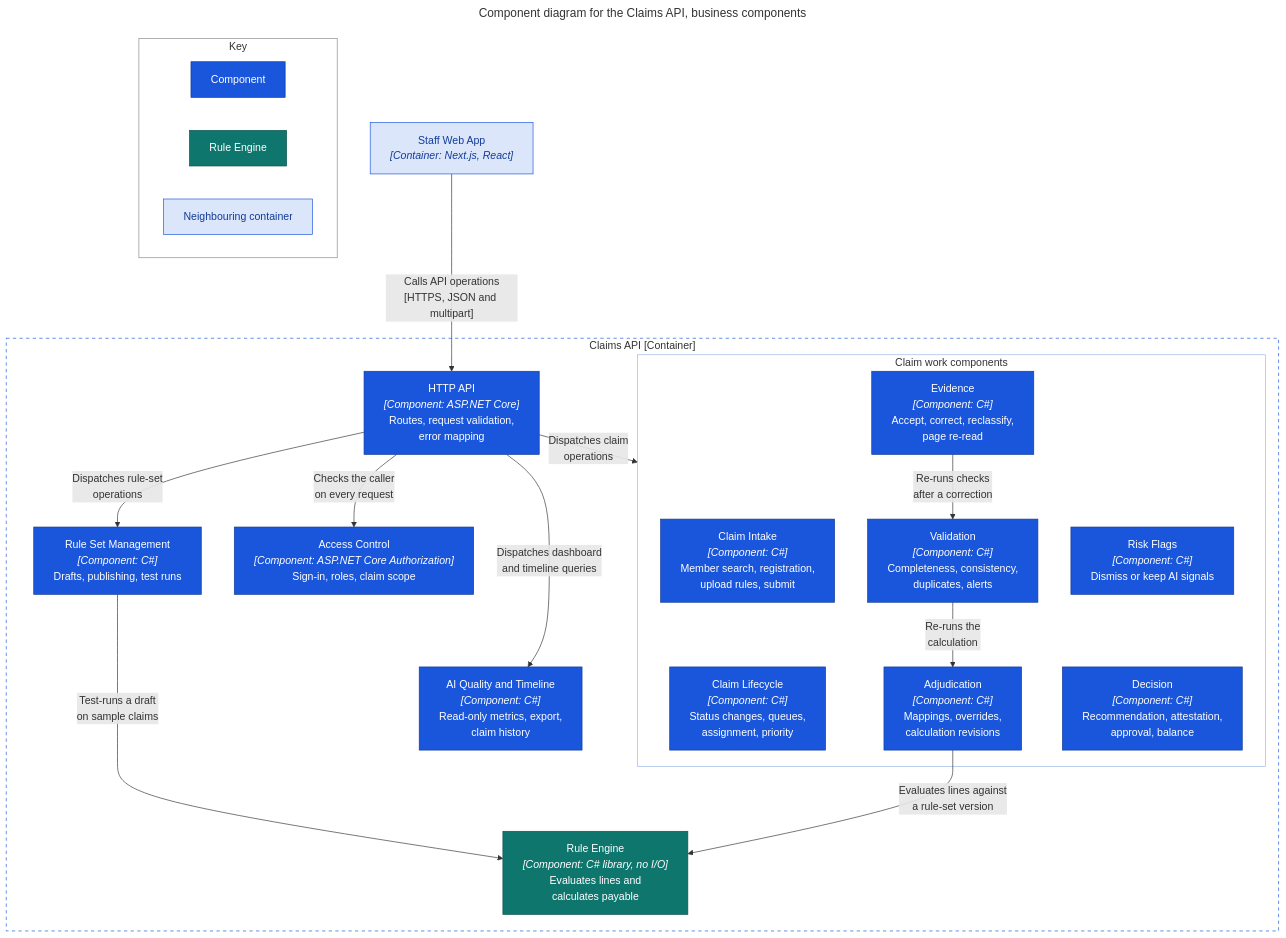
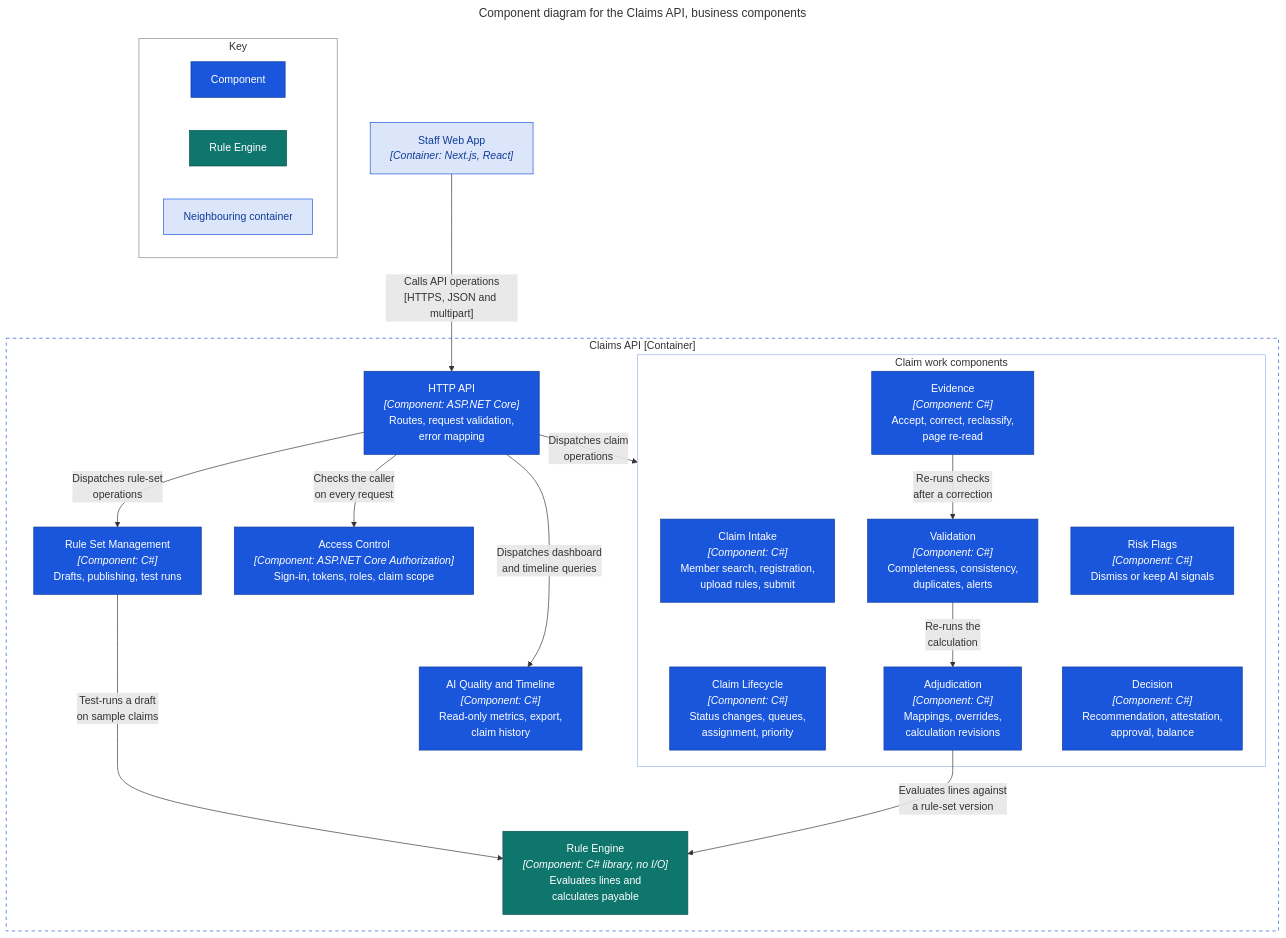
The first of 2 diagrams in docs/architecture/c4/03-component-claims-api.md (cuonglpv/PMDC-AITHUCCHIEN), drawn with Mermaid before and after one commit. The commit also changed other lines of this file and 35 other files, not shown here.

````diff
--- a/docs/architecture/c4/03-component-claims-api.md
+++ b/docs/architecture/c4/03-component-claims-api.md
@@ -9,59 +9,59 @@
 ```mermaid
 ---
 title: Component diagram for the Claims API, business components
 config:
   flowchart:
     wrappingWidth: 320
 ---
 flowchart TB
     web["Staff Web App<br/><i>[Container: Next.js, React]</i>"]
 
     subgraph api["Claims API [Container]"]
         http["HTTP API<br/><i>[Component: ASP.NET Core]</i><br/>Routes, request validation,<br/>error mapping"]
-        access["Access Control<br/><i>[Component: ASP.NET Core Authorization]</i><br/>Sign-in, roles, claim scope"]
+        access["Access Control<br/><i>[Component: ASP.NET Core Authorization]</i><br/>Sign-in, tokens, roles, claim scope"]
 
         subgraph work["Claim work components"]
             intake["Claim Intake<br/><i>[Component: C#]</i><br/>Member search, registration,<br/>upload rules, submit"]
             lifecycle["Claim Lifecycle<br/><i>[Component: C#]</i><br/>Status changes, queues,<br/>assignment, priority"]
             evidence["Evidence<br/><i>[Component: C#]</i><br/>Accept, correct, reclassify,<br/>page re-read"]
             validation["Validation<br/><i>[Component: C#]</i><br/>Completeness, consistency,<br/>duplicates, alerts"]
             adjudication["Adjudication<br/><i>[Component: C#]</i><br/>Mappings, overrides,<br/>calculation revisions"]
             risk["Risk Flags<br/><i>[Component: C#]</i><br/>Dismiss or keep AI signals"]
             decision["Decision<br/><i>[Component: C#]</i><br/>Recommendation, attestation,<br/>approval, balance"]
         end
 
         rulesets["Rule Set Management<br/><i>[Component: C#]</i><br/>Drafts, publishing, test runs"]
         insights["AI Quality and Timeline<br/><i>[Component: C#]</i><br/>Read-only metrics, export,<br/>claim history"]
         engine["Rule Engine<br/><i>[Component: C# library, no I/O]</i><br/>Evaluates lines and<br/>calculates payable"]
     end
 
     web -- "Calls API operations<br/>[HTTPS, JSON and multipart]" --> http
     http -- "Checks the caller<br/>on every request" --> access
     http -- "Dispatches claim<br/>operations" --> work
     http -- "Dispatches rule-set<br/>operations" --> rulesets
     http -- "Dispatches dashboard<br/>and timeline queries" --> insights
     evidence -- "Re-runs checks<br/>after a correction" --> validation
     validation -- "Re-runs the<br/>calculation" --> adjudication
     adjudication -- "Evaluates lines against<br/>a rule-set version" --> engine
     rulesets -- "Test-runs a draft<br/>on sample claims" --> engine
     intake ~~~ lifecycle
     risk ~~~ decision
     access ~~~ insights
 
     subgraph key["Key"]
         direction LR
         keyComponent["Component"]
         keyEngine["Rule Engine"]
         keyNeighbour["Neighbouring container"]
     end
 
     classDef component fill:#1a56db,color:#fff,stroke:#123c99
     classDef ruleEngine fill:#0f766e,color:#fff,stroke:#0b524c
     classDef neighbour fill:#dbe6fb,color:#123c99,stroke:#1a56db
     class http,access,intake,lifecycle,evidence,validation,adjudication,risk,decision,rulesets,insights,keyComponent component
     class engine,keyEngine ruleEngine
     class web,keyNeighbour neighbour
     style api fill:transparent,stroke:#1a56db,stroke-dasharray:5 5
     style work fill:transparent,stroke:#9db5e8
     style key fill:transparent,stroke:#888
 ```
````
